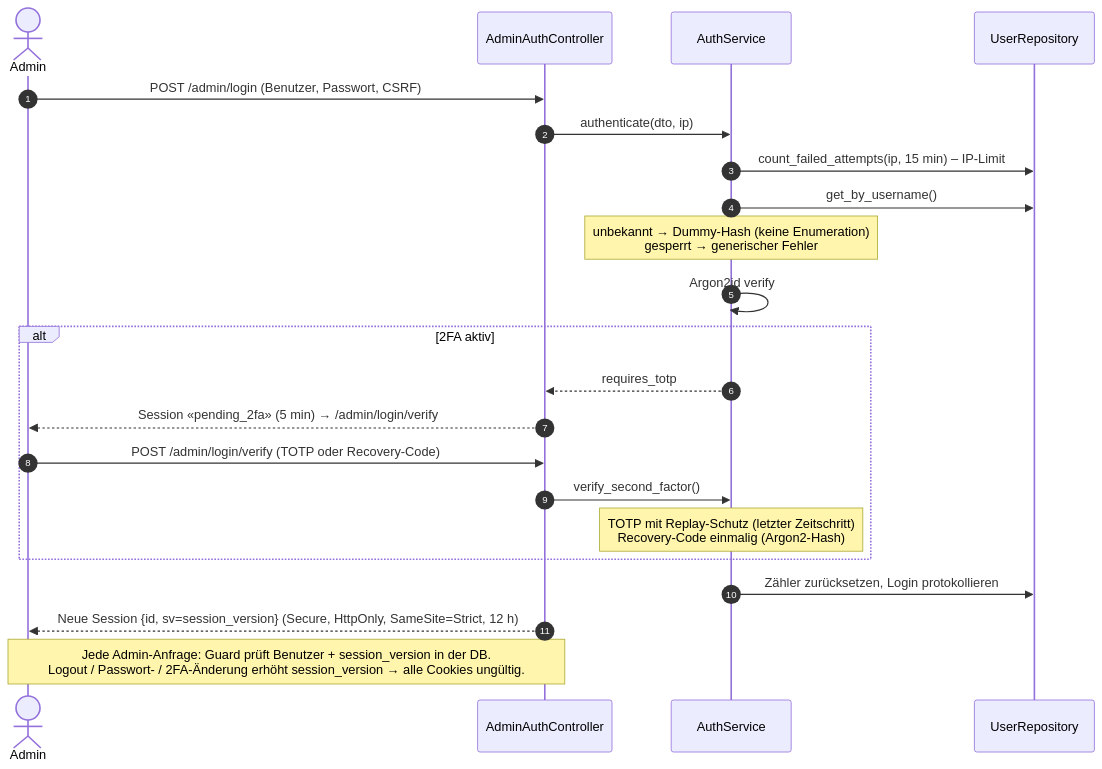
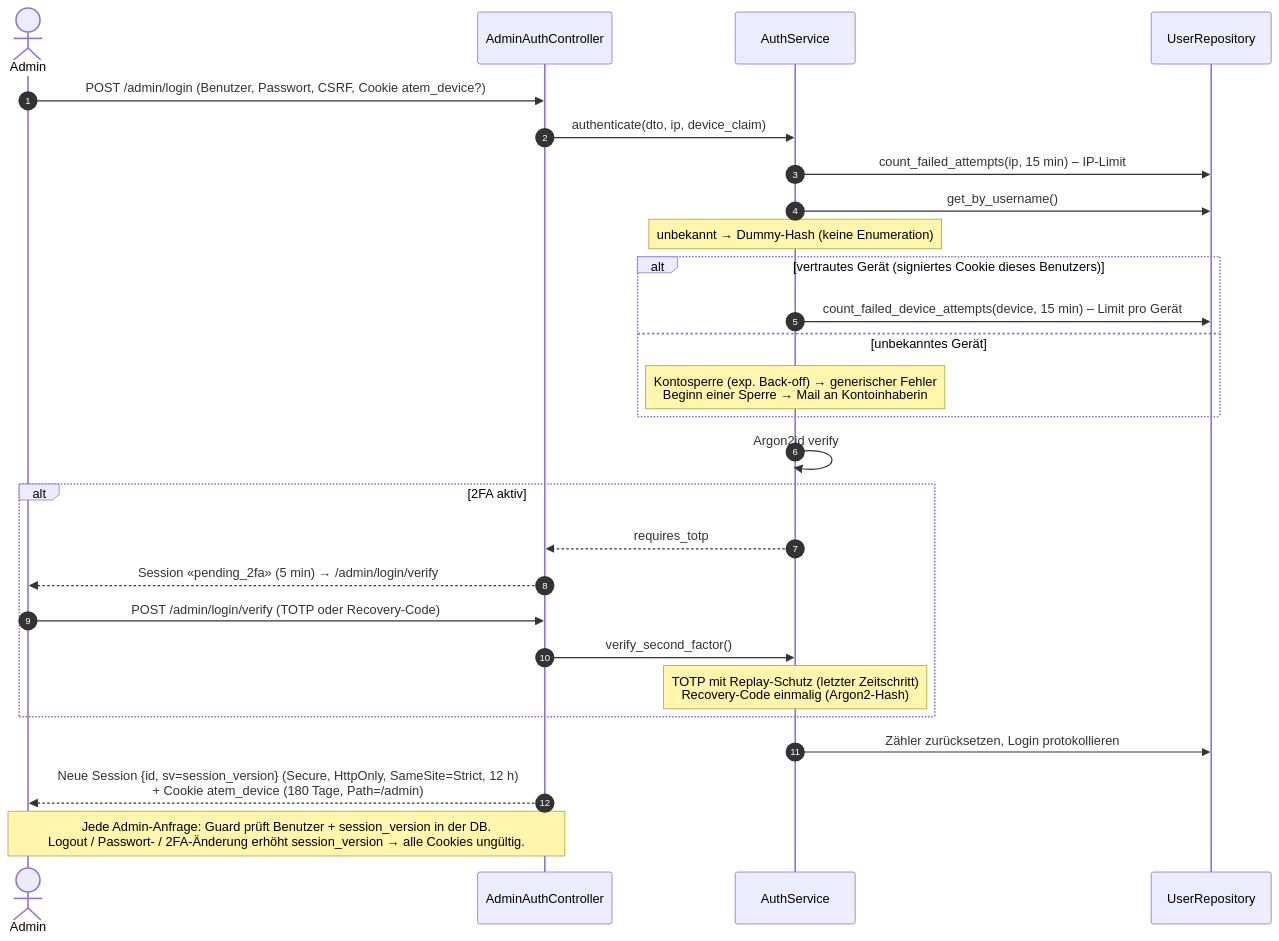
Before and after one commit to winSC1ENCE/pusterum: the third of 5 diagrams in docs/architecture/sequence_diagrams.md, drawn with Mermaid. The commit also changed 23 other files, not shown here.

First line of the commit message:
feat(security): device cookies prevent admin lockout by third parties

````diff
--- a/docs/architecture/sequence_diagrams.md
+++ b/docs/architecture/sequence_diagrams.md
@@ -72,25 +72,30 @@
 ```mermaid
 sequenceDiagram
     autonumber
     actor A as Admin
     participant AC as AdminAuthController
     participant AS as AuthService
     participant UR as UserRepository
 
-    A->>AC: POST /admin/login (Benutzer, Passwort, CSRF)
-    AC->>AS: authenticate(dto, ip)
+    A->>AC: POST /admin/login (Benutzer, Passwort, CSRF, Cookie atem_device?)
+    AC->>AS: authenticate(dto, ip, device_claim)
     AS->>UR: count_failed_attempts(ip, 15 min) – IP-Limit
     AS->>UR: get_by_username()
-    Note over AS: unbekannt → Dummy-Hash (keine Enumeration)<br/>gesperrt → generischer Fehler
+    Note over AS: unbekannt → Dummy-Hash (keine Enumeration)
+    alt vertrautes Gerät (signiertes Cookie dieses Benutzers)
+        AS->>UR: count_failed_device_attempts(device, 15 min) – Limit pro Gerät
+    else unbekanntes Gerät
+        Note over AS: Kontosperre (exp. Back-off) → generischer Fehler<br/>Beginn einer Sperre → Mail an Kontoinhaberin
+    end
     AS->>AS: Argon2id verify
     alt 2FA aktiv
         AS-->>AC: requires_totp
         AC-->>A: Session «pending_2fa» (5 min) → /admin/login/verify
         A->>AC: POST /admin/login/verify (TOTP oder Recovery-Code)
         AC->>AS: verify_second_factor()
         Note over AS: TOTP mit Replay-Schutz (letzter Zeitschritt)<br/>Recovery-Code einmalig (Argon2-Hash)
     end
     AS->>UR: Zähler zurücksetzen, Login protokollieren
-    AC-->>A: Neue Session {id, sv=session_version} (Secure, HttpOnly, SameSite=Strict, 12 h)
+    AC-->>A: Neue Session {id, sv=session_version} (Secure, HttpOnly, SameSite=Strict, 12 h)<br/>+ Cookie atem_device (180 Tage, Path=/admin)
     Note over A,AC: Jede Admin-Anfrage: Guard prüft Benutzer + session_version in der DB.<br/>Logout / Passwort- / 2FA-Änderung erhöht session_version → alle Cookies ungültig.
 ```
````
